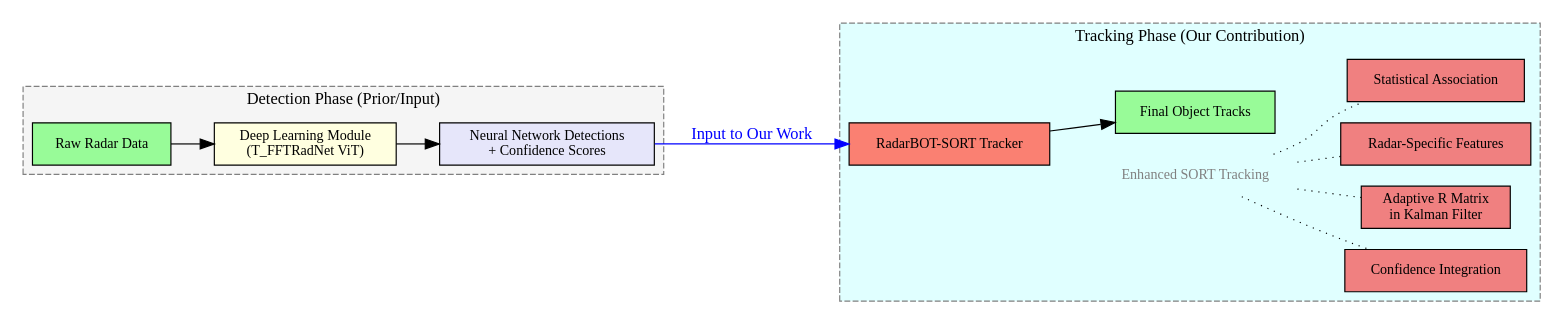
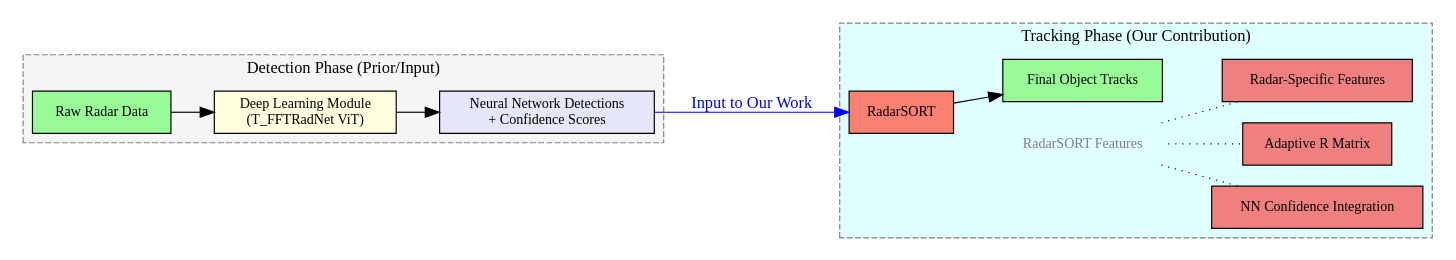
One commit to D-Idan/bev_radar changed the diagram in thesis_docs_code/RadarBOT_SORT_Pipeline.dot. Above: the diagram before and after it, drawn with Graphviz. The commit also changed 1 other file, not shown here.

```diff
--- a/thesis_docs_code/RadarBOT_SORT_Pipeline.dot
+++ b/thesis_docs_code/RadarBOT_SORT_Pipeline.dot
@@ -1,49 +1,47 @@
 digraph RadarBOT_SORT_Pipeline {
     rankdir=LR;  // Left-to-right layout
     node [shape=box, style=filled, fillcolor=lightblue, fontsize=12];
     edge [arrowsize=1.2];
 
     // Detection Phase Cluster (Before Algorithm)
     subgraph cluster_detection {
         label="Detection Phase (Prior/Input)";
         style=dashed;
         color=gray;
         bgcolor=whitesmoke;
 
         RawData [label="Raw Radar Data", fillcolor=palegreen];
         DeepLearning [label="Deep Learning Module\n(T_FFTRadNet ViT)", fillcolor=lightyellow];
         Detections [label="Neural Network Detections\n+ Confidence Scores", fillcolor=lavender];
         
         RawData -> DeepLearning;
         DeepLearning -> Detections;
     }
 
     // Tracking Phase Cluster (Our Work)
     subgraph cluster_tracking {
         label="Tracking Phase (Our Contribution)";
         style=dashed;
         color=gray;
         bgcolor=lightcyan;
 
-        Tracker [label="RadarBOT-SORT Tracker", fillcolor=salmon];
-        EnhancedSORT [label="Enhanced SORT Tracking", shape=plaintext, fillcolor=none, fontcolor=gray];  // Invisible node for branching
+        Tracker [label="RadarSORT", fillcolor=salmon];
+        EnhancedSORT [label="RadarSORT Features", shape=plaintext, fillcolor=none, fontcolor=gray];  // Invisible node for branching
         
         // Branches for contributions
-        Confidence [label="Confidence Integration", fillcolor=lightcoral];
-        AdaptiveR [label="Adaptive R Matrix\nin Kalman Filter", fillcolor=lightcoral];
+        Confidence [label="NN Confidence Integration", fillcolor=lightcoral];
+        AdaptiveR [label="Adaptive R Matrix", fillcolor=lightcoral];
         RadarFeatures [label="Radar-Specific Features", fillcolor=lightcoral];
-        StatisticalAssociation [label="Statistical Association", fillcolor=lightcoral];
         
         Tracker -> EnhancedSORT [style=invis];  // Invisible edge to position branches
         EnhancedSORT -> Confidence [dir=none, style=dotted];
         EnhancedSORT -> AdaptiveR [dir=none, style=dotted];
         EnhancedSORT -> RadarFeatures [dir=none, style=dotted];
-        EnhancedSORT -> StatisticalAssociation [dir=none, style=dotted];
         
         FinalTracks [label="Final Object Tracks", fillcolor=palegreen];
         Tracker -> FinalTracks;
     }
 
     // Connect Detection to Tracking
     Detections -> Tracker [label="Input to Our Work", fontcolor=blue, color=blue];
 }
```
